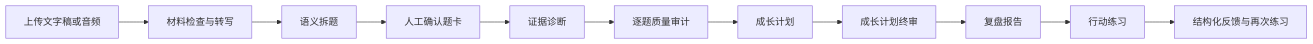
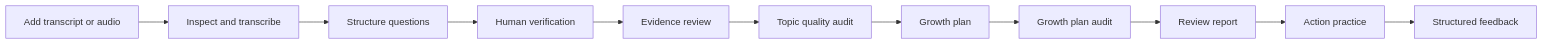
Before and after one commit to HAPPYY2003/interview-review-assistant: the first of 2 diagrams in README.md, drawn with Mermaid. The commit also changed other lines of this file and 18 other files, not shown here.

````diff
--- a/README.md
+++ b/README.md
@@ -57,13 +126,13 @@
 ```mermaid
 flowchart LR
-    A[上传文字稿或音频] --> B[材料检查与转写]
-    B --> C[语义拆题]
-    C --> D[人工确认题卡]
-    D --> E[证据诊断]
-    E --> F[逐题质量审计]
-    F --> G[成长计划]
-    G --> H[成长计划终审]
-    H --> I[复盘报告]
-    I --> J[行动练习]
-    J --> K[结构化反馈与再次练习]
+    A[Add transcript or audio] --> B[Inspect and transcribe]
+    B --> C[Structure questions]
+    C --> D[Human verification]
+    D --> E[Evidence review]
+    E --> F[Topic quality audit]
+    F --> G[Growth plan]
+    G --> H[Growth plan audit]
+    H --> I[Review report]
+    I --> J[Action practice]
+    J --> K[Structured feedback]
 ```
````
